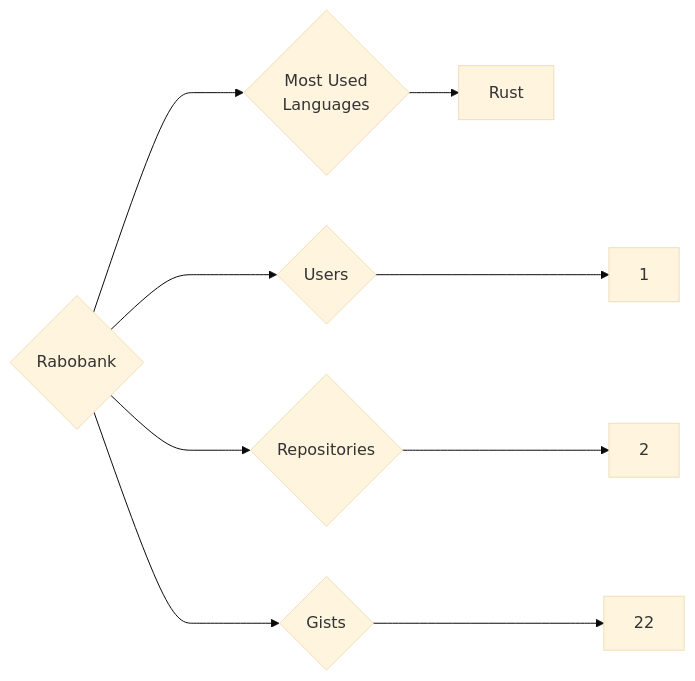
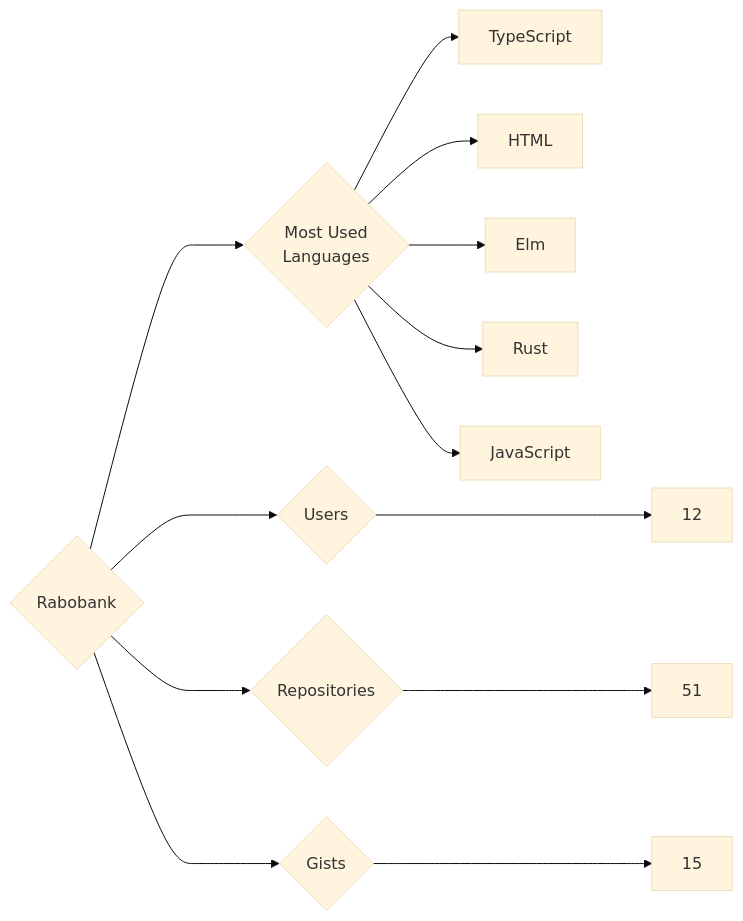
Before and after one commit to trickest/insiders: the diagram in targets/Rabobank/README.md, drawn with Mermaid (base theme). The commit also changed 835 other files, not shown here.

````diff
--- a/targets/Rabobank/README.md
+++ b/targets/Rabobank/README.md
@@ -3,9 +3,13 @@
 ```mermaid
 graph LR
 COMPANY_NAME{Rabobank}
-COMPANY_NAME ---> U{Users} ---> UN[1]
-COMPANY_NAME ---> R{Repositories} ---> RN[2]
-COMPANY_NAME ---> G{Gists} ---> GN[22]
+COMPANY_NAME ---> U{Users} ---> UN[12]
+COMPANY_NAME ---> R{Repositories} ---> RN[51]
+COMPANY_NAME ---> G{Gists} ---> GN[15]
 COMPANY_NAME ---> ML{Most Used<br>Languages}
+ML --> TypeScript[TypeScript]
+ML --> HTML[HTML]
+ML --> Elm[Elm]
 ML --> Rust[Rust]
+ML --> JavaScript[JavaScript]
 ```
````
